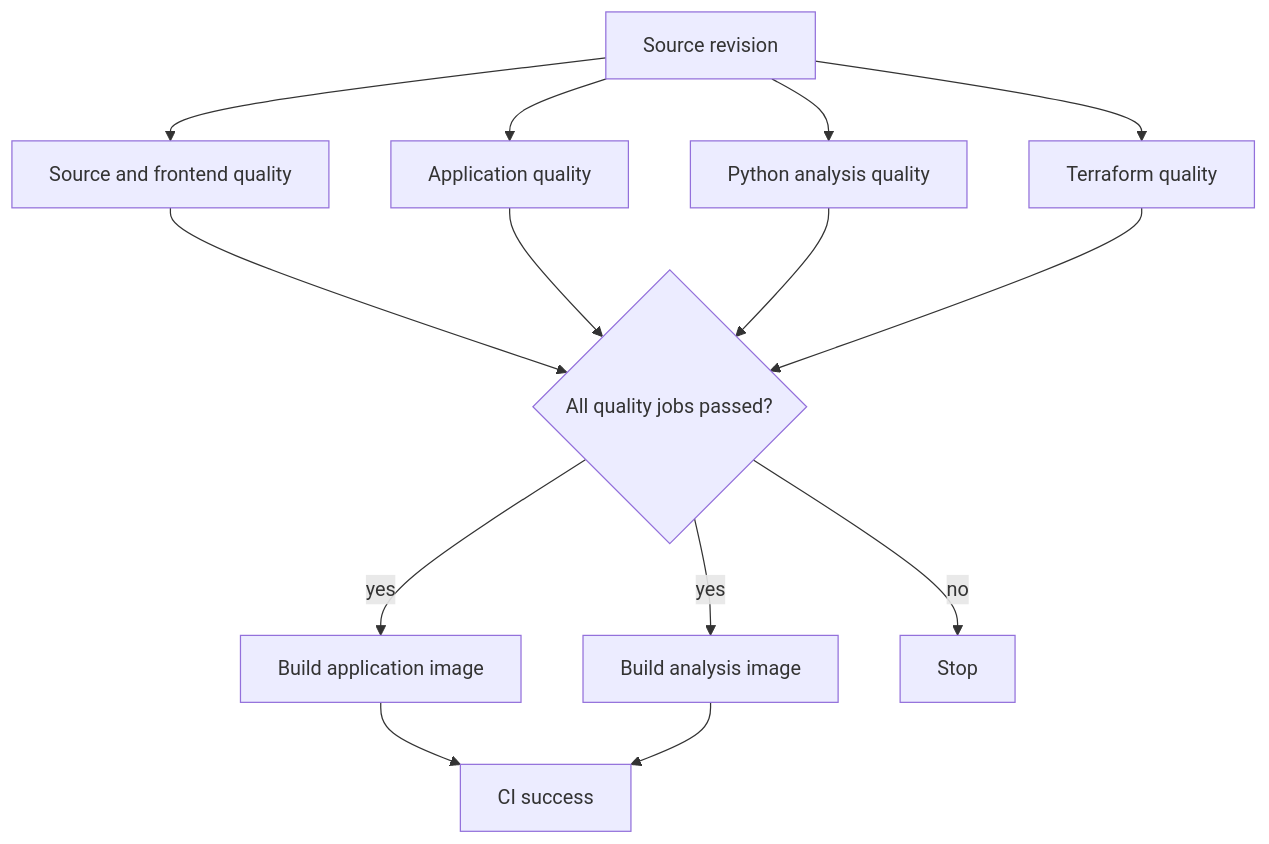
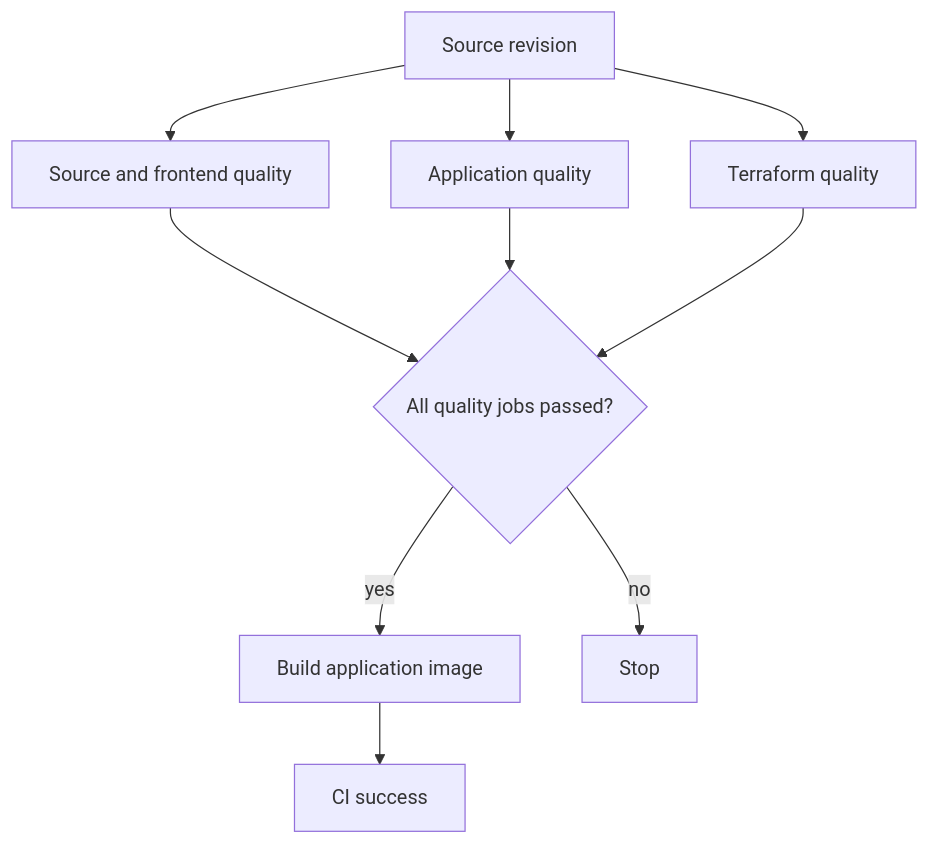
One commit to michalo1334/master_thesis changed the third of 9 diagrams in docs/inprogress/ci-cd-pipeline.md. Above: the diagram before and after it, drawn with Mermaid. The commit also changed other lines of this file and 326 other files, not shown here.

````diff
--- a/docs/inprogress/ci-cd-pipeline.md
+++ b/docs/inprogress/ci-cd-pipeline.md
@@ -85,19 +83,15 @@
 ```mermaid
 flowchart TD
   source[Source revision]
   source --> frontend[Source and frontend quality]
   source --> app[Application quality]
-  source --> python[Python analysis quality]
   source --> terraform[Terraform quality]
 
   frontend --> gate{All quality jobs passed?}
   app --> gate
-  python --> gate
   terraform --> gate
 
   gate -->|yes| appImage[Build application image]
-  gate -->|yes| analysisImage[Build analysis image]
   gate -->|no| stop[Stop]
   appImage --> result[CI success]
-  analysisImage --> result
 ```
````
